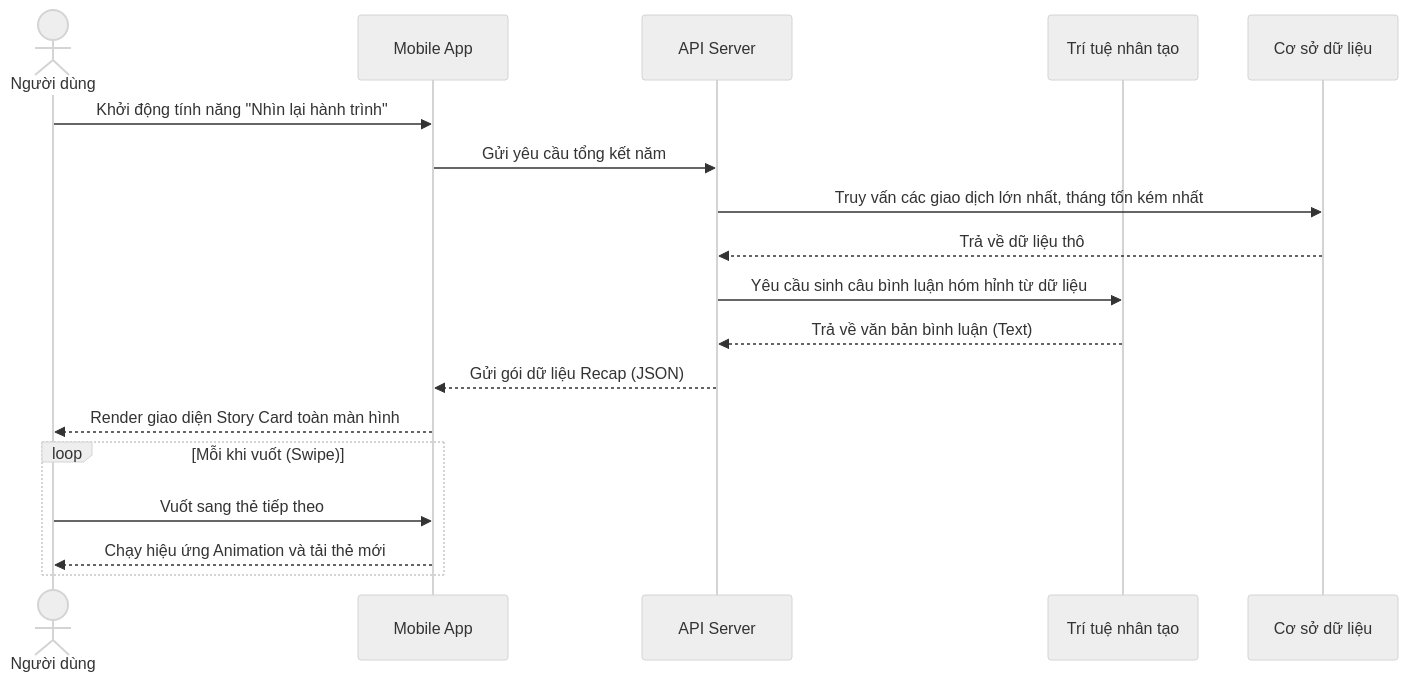
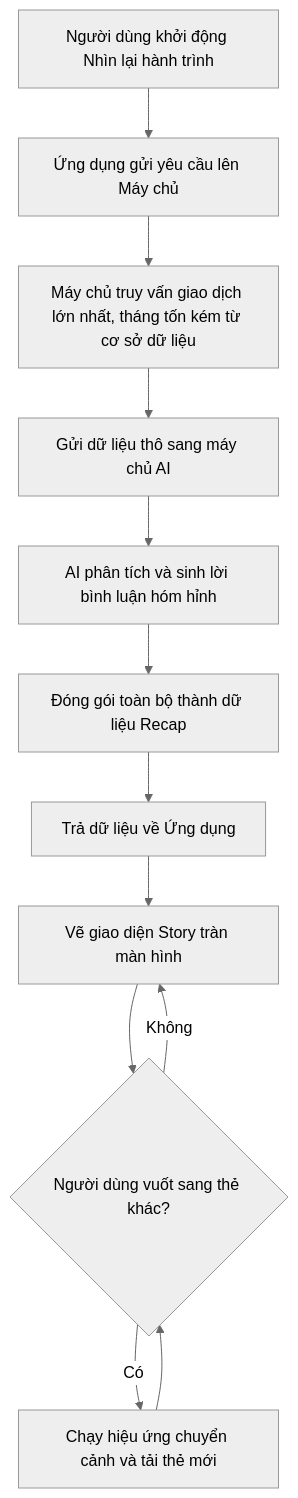
The ninth of 20 diagrams in Luan_van_Hoan_chinh.md (maikhang160504/spending-diary), drawn with Mermaid (neutral theme) before and after one commit. The commit also changed other lines of this file and 44 other files, not shown here.

````diff
--- a/Luan_van_Hoan_chinh.md
+++ b/Luan_van_Hoan_chinh.md
@@ -620,21 +621,14 @@
 ```mermaid
-sequenceDiagram
-    actor U as Người dùng
-    participant A as Mobile App
-    participant S as API Server
-    participant AI as Trí tuệ nhân tạo
-    participant DB as Cơ sở dữ liệu
-    
-    U->>A: Khởi động tính năng "Nhìn lại hành trình"
-    A->>S: Gửi yêu cầu tổng kết năm
-    S->>DB: Truy vấn các giao dịch lớn nhất, tháng tốn kém nhất
-    DB-->>S: Trả về dữ liệu thô
-    S->>AI: Yêu cầu sinh câu bình luận hóm hỉnh từ dữ liệu
-    AI-->>S: Trả về văn bản bình luận (Text)
-    S-->>A: Gửi gói dữ liệu Recap (JSON)
-    A-->>U: Render giao diện Story Card toàn màn hình
-    loop Mỗi khi vuốt (Swipe)
-        U->>A: Vuốt sang thẻ tiếp theo
-        A-->>U: Chạy hiệu ứng Animation và tải thẻ mới
-    end
+flowchart TD
+    A[Người dùng khởi động Nhìn lại hành trình] --> B[Ứng dụng gửi yêu cầu lên Máy chủ]
+    B --> C[Máy chủ truy vấn giao dịch lớn nhất, tháng tốn kém từ cơ sở dữ liệu]
+    C --> D[Gửi dữ liệu thô sang máy chủ AI]
+    D --> E[AI phân tích và sinh lời bình luận hóm hỉnh]
+    E --> F[Đóng gói toàn bộ thành dữ liệu Recap]
+    F --> G[Trả dữ liệu về Ứng dụng]
+    G --> H[Vẽ giao diện Story tràn màn hình]
+    H --> I{Người dùng vuốt sang thẻ khác?}
+    I -- Có --> J[Chạy hiệu ứng chuyển cảnh và tải thẻ mới]
+    I -- Không --> H
+    J --> I
 ```
````
